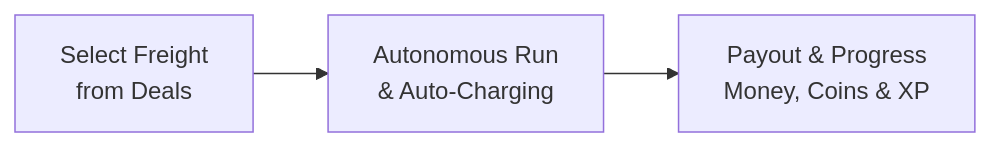
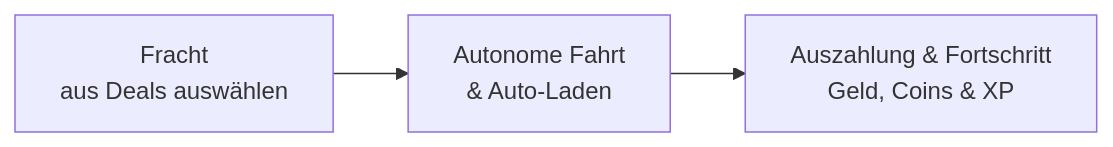
One commit to hbrns/voltfracht-wiki changed the diagram in docs/de/getting-started/overview.md. Above: the diagram before and after it, drawn with Mermaid. The commit also changed other lines of this file and 22 other files, not shown here.

````diff
--- a/docs/de/getting-started/overview.md
+++ b/docs/de/getting-started/overview.md
@@ -82,8 +87,8 @@
 ```mermaid
 flowchart LR
-    A["Select Freight<br/>from Deals"]
-    B["Autonomous Run<br/>& Auto-Charging"]
-    C["Payout & Progress<br/>Money, Coins & XP"]
+    A["Fracht<br/>aus Deals auswählen"]
+    B["Autonome Fahrt<br/>& Auto-Laden"]
+    C["Auszahlung & Fortschritt<br/>Geld, Coins & XP"]
 
     A --> B --> C
 ```
````
